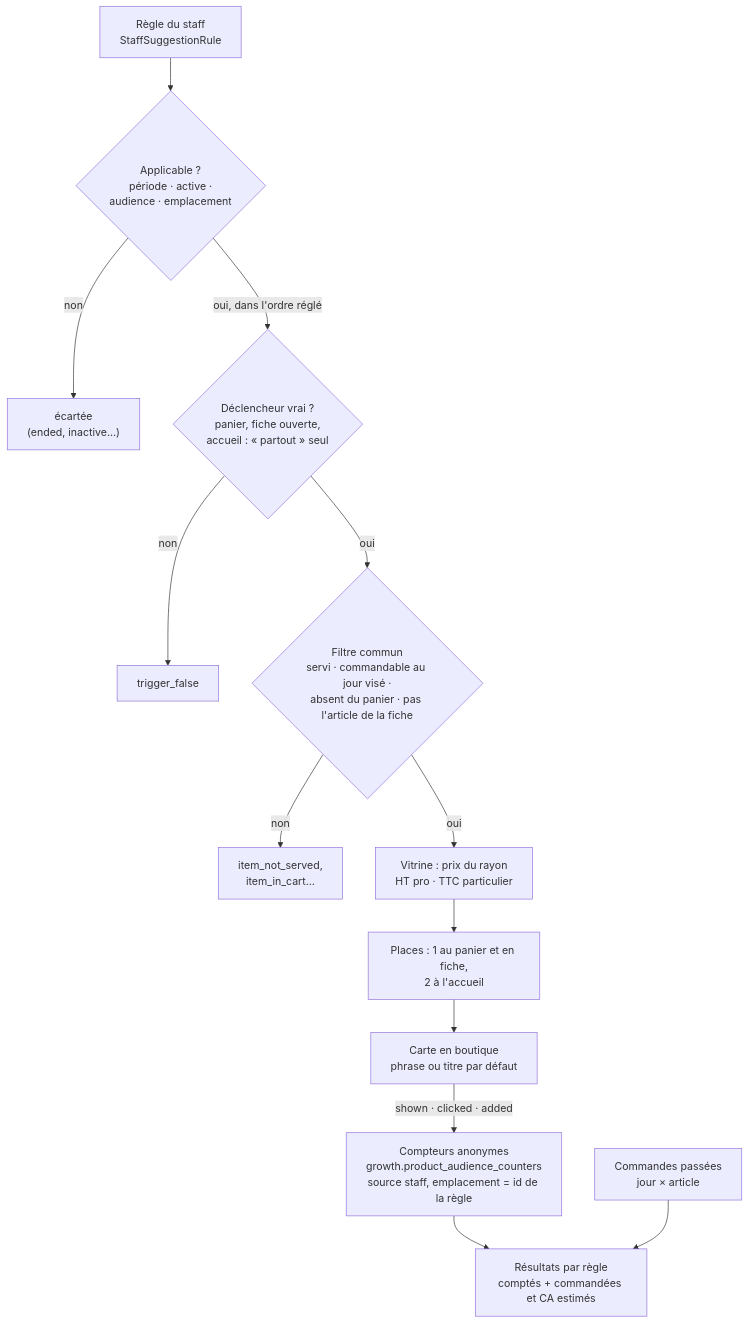
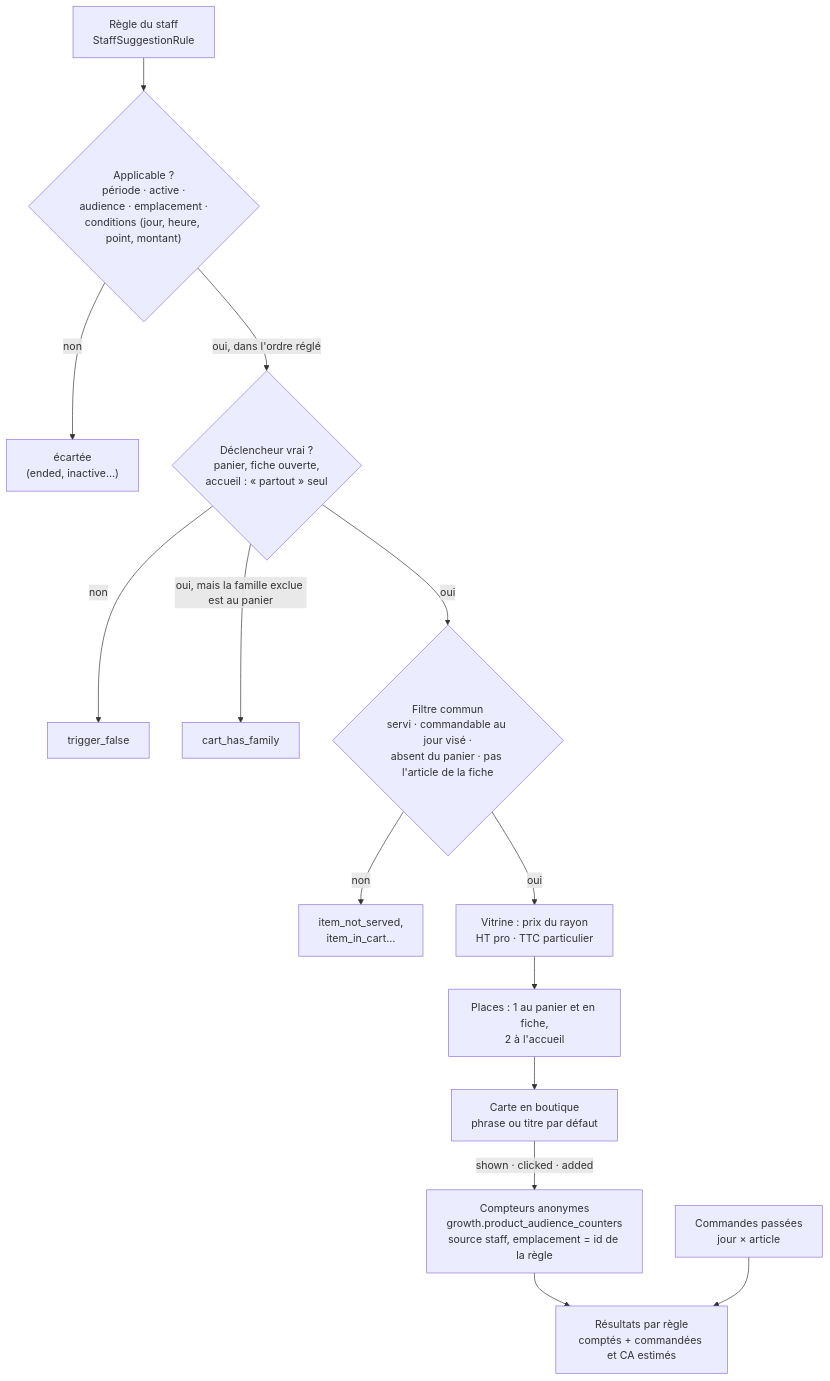
One commit to hugoheynard/lfd changed the diagram in documentation/recommandation-produit/suggestions-du-staff.md. Above: the diagram before and after it, drawn with Mermaid. The commit also changed other lines of this file and 107 other files, not shown here.

First line of the commit message:
feat(suggestions): les conditions d'une règle — créneau, seuil de panier, famille absente, point de retrait

````diff
--- a/documentation/recommandation-produit/suggestions-du-staff.md
+++ b/documentation/recommandation-produit/suggestions-du-staff.md
@@ -27,15 +28,16 @@
 ```mermaid
 flowchart TD
-    R["Règle du staff<br/>StaffSuggestionRule"] --> A{"Applicable ?<br/>période · active ·<br/>audience · emplacement"}
+    R["Règle du staff<br/>StaffSuggestionRule"] --> A{"Applicable ?<br/>période · active ·<br/>audience · emplacement ·<br/>conditions (jour, heure, point, montant)"}
     A -->|non| X1["écartée<br/>(ended, inactive…)"]
     A -->|oui, dans l'ordre réglé| D{"Déclencheur vrai ?<br/>panier, fiche ouverte,<br/>accueil : « partout » seul"}
     D -->|non| X2["trigger_false"]
+    D -->|"oui, mais la famille exclue est au panier"| X4["cart_has_family"]
     D -->|oui| F{"Filtre commun<br/>servi · commandable au jour visé ·<br/>absent du panier · pas l'article de la fiche"}
     F -->|non| X3["item_not_served,<br/>item_in_cart…"]
     F -->|oui| V["Vitrine : prix du rayon<br/>HT pro · TTC particulier"]
     V --> P["Places : 1 au panier et en fiche,<br/>2 à l'accueil"]
     P --> C["Carte en boutique<br/>phrase ou titre par défaut"]
     C -->|"shown · clicked · added"| K["Compteurs anonymes<br/>growth.product_audience_counters<br/>source staff, emplacement = id de la règle"]
     K --> RES["Résultats par règle<br/>comptés + commandées et CA estimés"]
     O["Commandes passées<br/>jour × article"] --> RES
 ```
````
